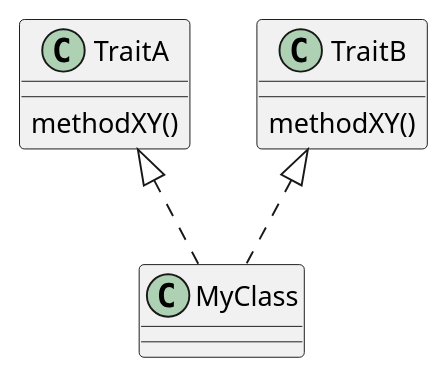
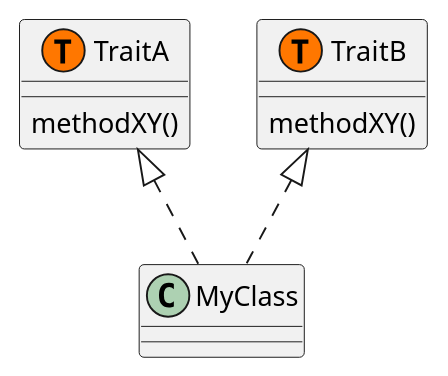
The diagram in moose-wiki/Developers/img/create-new-metamodel/multi-inheritance.puml (moosetechnology/moosetechnology.github.io), drawn with PlantUML before and after one commit.

Commit message:
update uml

```diff
--- a/moose-wiki/Developers/img/create-new-metamodel/multi-inheritance.puml
+++ b/moose-wiki/Developers/img/create-new-metamodel/multi-inheritance.puml
@@ -1,7 +1,12 @@
 @startuml
 TraitA <|.. MyClass
 TraitB <|.. MyClass
 
-TraitA : methodXY()
-TraitB : methodXY()
+class TraitA << (T,#FF7700) >> {
+    methodXY()
+}
+
+class TraitB << (T,#FF7700) >> {
+    methodXY()
+}
 @enduml
```
